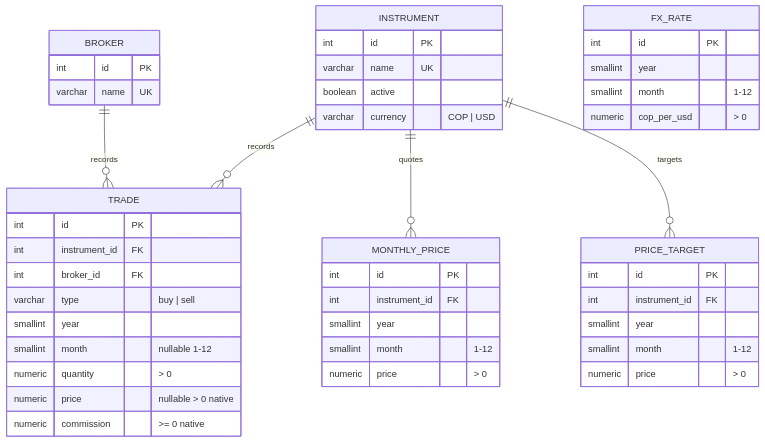
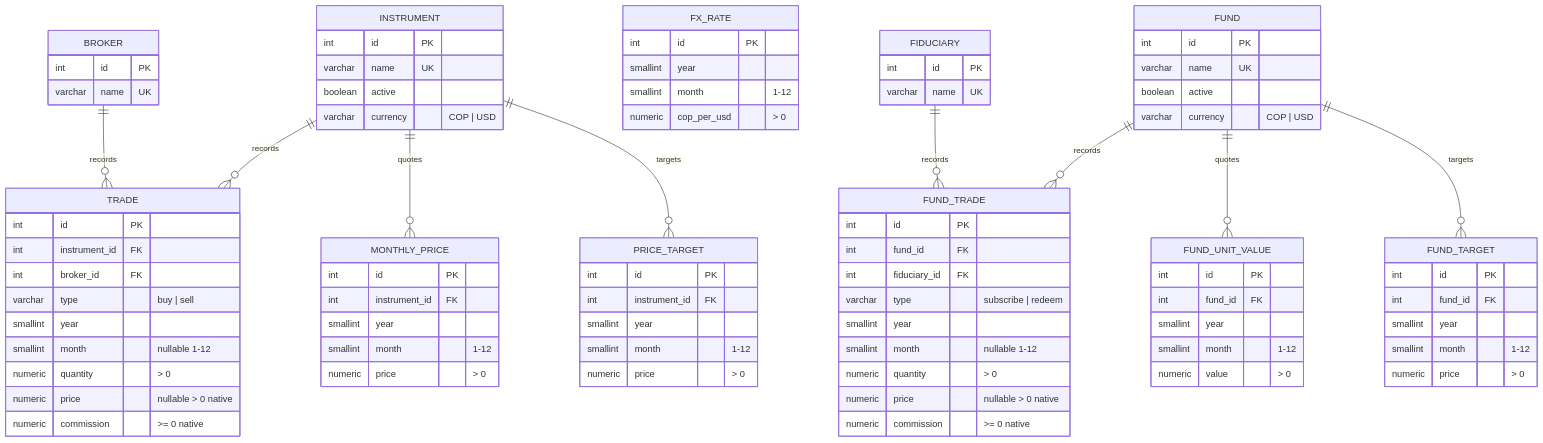
Before and after one commit to sebasvalencia/stocks: the second of 3 diagrams in README.md, drawn with Mermaid. The commit also changed other lines of this file and 37 other files, not shown here.

````diff
--- a/README.md
+++ b/README.md
@@ -256,4 +263,44 @@
   INSTRUMENT ||--o{ TRADE : records
   INSTRUMENT ||--o{ MONTHLY_PRICE : quotes
   INSTRUMENT ||--o{ PRICE_TARGET : targets
+  FIDUCIARY {
+    int id PK
+    varchar name UK
+  }
+  FUND {
+    int id PK
+    varchar name UK
+    boolean active
+    varchar currency "COP | USD"
+  }
+  FUND_TRADE {
+    int id PK
+    int fund_id FK
+    int fiduciary_id FK
+    varchar type "subscribe | redeem"
+    smallint year
+    smallint month "nullable 1-12"
+    numeric quantity "> 0"
+    numeric price "nullable > 0 native"
+    numeric commission ">= 0 native"
+  }
+  FUND_UNIT_VALUE {
+    int id PK
+    int fund_id FK
+    smallint year
+    smallint month "1-12"
+    numeric value "> 0"
+  }
+  FUND_TARGET {
+    int id PK
+    int fund_id FK
+    smallint year
+    smallint month "1-12"
+    numeric price "> 0"
+  }
+
+  FIDUCIARY ||--o{ FUND_TRADE : records
+  FUND ||--o{ FUND_TRADE : records
+  FUND ||--o{ FUND_UNIT_VALUE : quotes
+  FUND ||--o{ FUND_TARGET : targets
 ```
````
